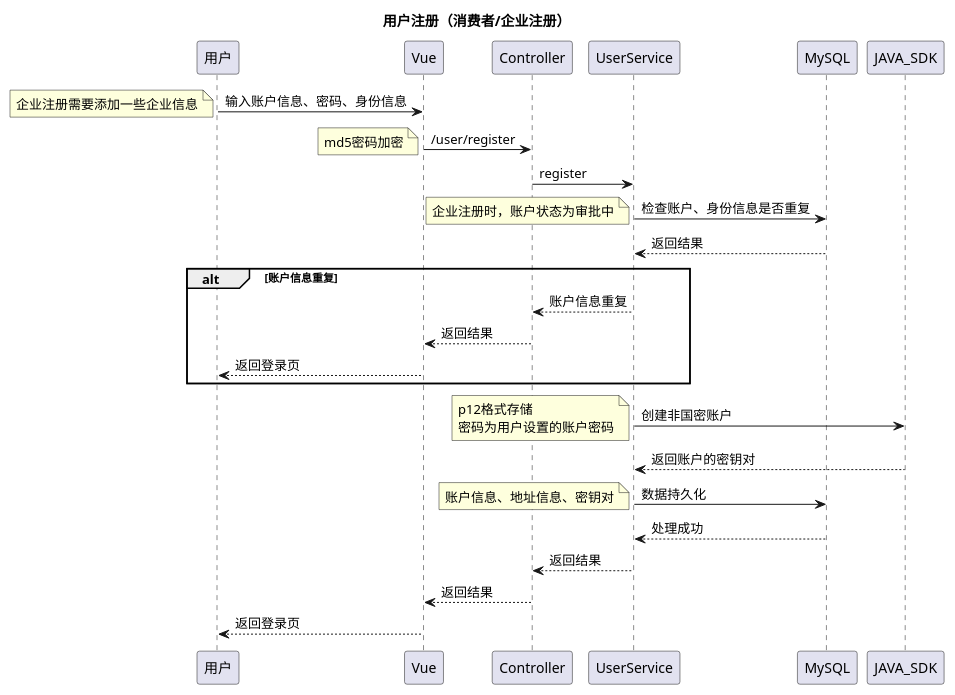
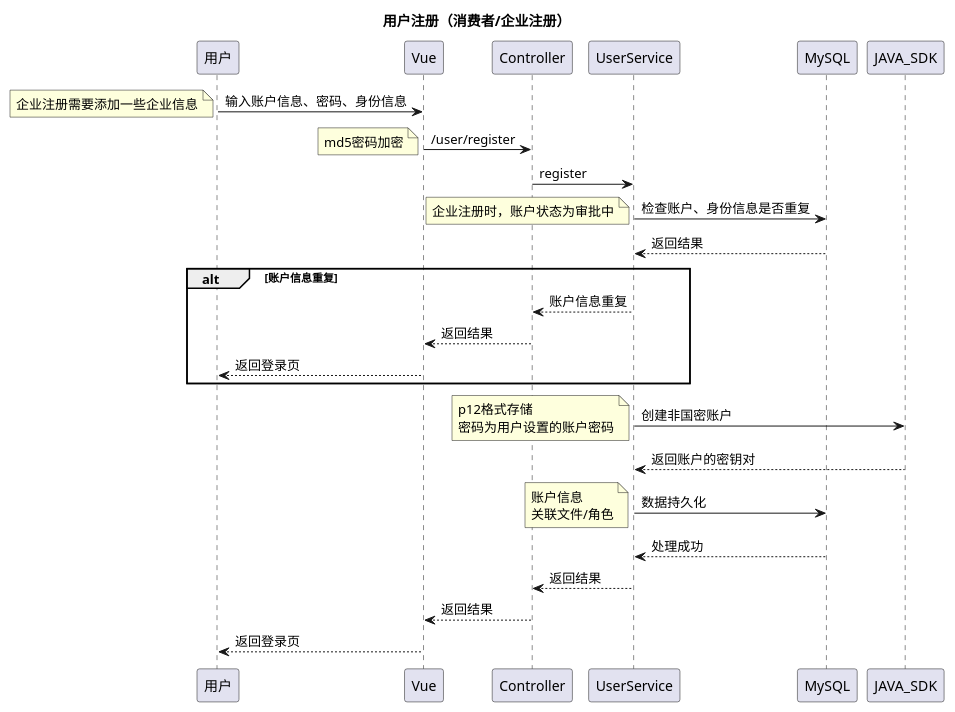
Before and after one commit to cmgun/B-Recycle: the diagram in docs/时序图/用户注册.puml, drawn with PlantUML. The commit also changed 9 other files, not shown here.

```diff
--- a/docs/时序图/用户注册.puml
+++ b/docs/时序图/用户注册.puml
@@ -1,44 +1,45 @@
 @startuml
 'https://plantuml.com/sequence-diagram
 title 用户注册（消费者/企业注册）
 
 用户 -> Vue : 输入账户信息、密码、身份信息
 note left
 企业注册需要添加一些企业信息
 end note
 Vue -> Controller : /user/register
 note left
 md5密码加密
 end note
 Controller -> UserService : register
 UserService -> MySQL : 检查账户、身份信息是否重复
 note left
 企业注册时，账户状态为审批中
 end note
 UserService <-- MySQL : 返回结果
 alt 账户信息重复
     Controller <-- UserService : 账户信息重复
     Vue <-- Controller : 返回结果
     用户 <-- Vue : 返回登录页
 end alt
 
 UserService -> JAVA_SDK : 创建非国密账户
 note left
 p12格式存储
 密码为用户设置的账户密码
 end note
 
 UserService <-- JAVA_SDK : 返回账户的密钥对
 'UserService -> WeIdentity : 根据密钥对生成weid
 'UserService <-- WeIdentity : 返回weid
 
 UserService -> MySQL : 数据持久化
 note left
-账户信息、地址信息、密钥对
+账户信息
+关联文件/角色
 end note
 UserService <-- MySQL : 处理成功
 Controller <-- UserService : 返回结果
 Vue <-- Controller : 返回结果
 用户 <-- Vue : 返回登录页
 
 @enduml
```
